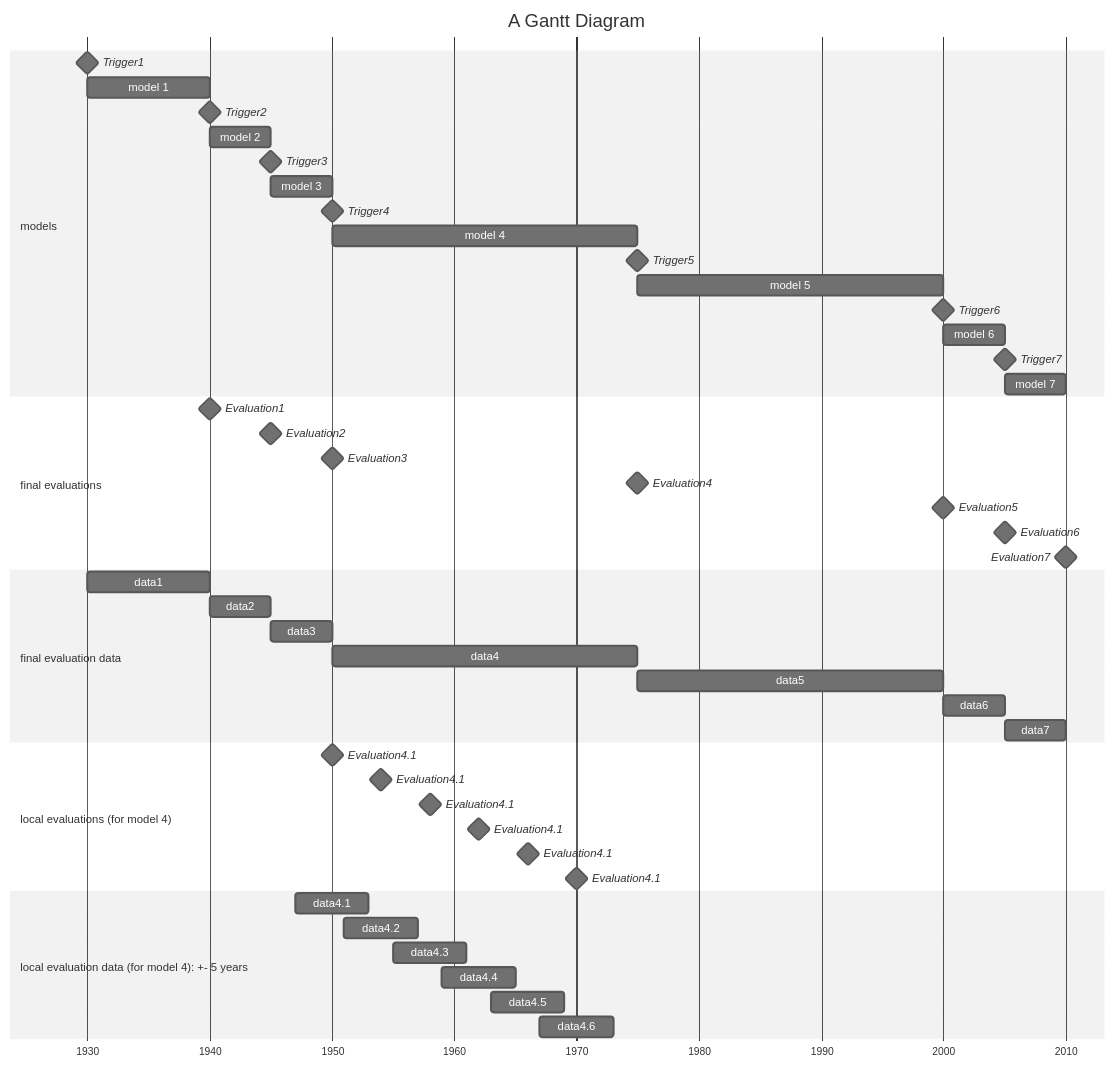
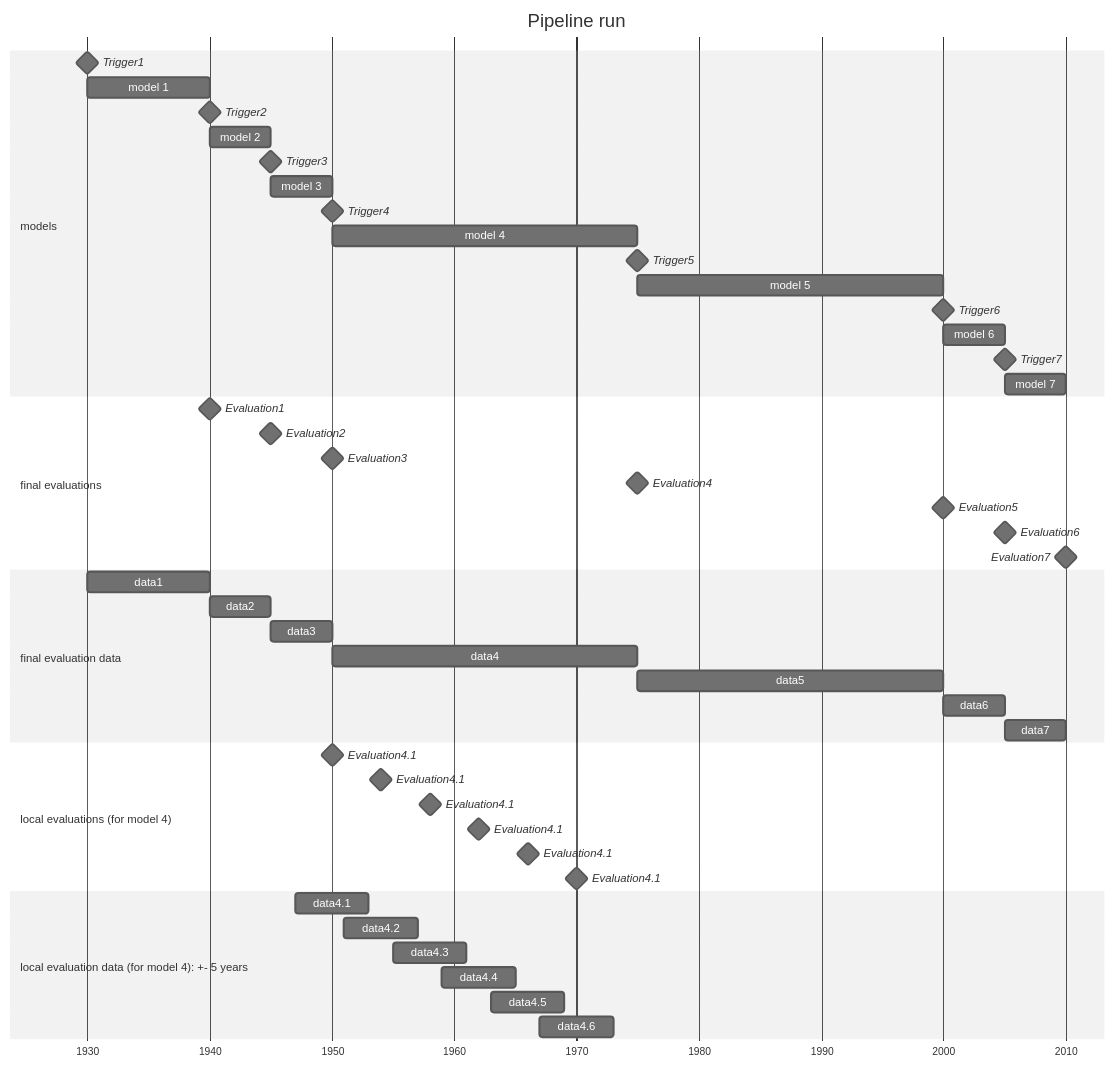
Before and after one commit to eth-easl/modyn: the fourth of 4 diagrams in docs/EVALUATION.md, drawn with Mermaid (neutral theme). The commit also changed other lines of this file, not shown here.

````diff
--- a/docs/EVALUATION.md
+++ b/docs/EVALUATION.md
@@ -193,51 +193,51 @@
 ```mermaid
 gantt
-    title A Gantt Diagram
+    title Pipeline run
     dateFormat YYYY-MM-DD
     axisFormat %Y
     section models
         Trigger1 :milestone, 1930, 0d
         model 1          :a1, 1930, 10y
         Trigger2 :milestone, :after a1
         model 2          :a2, after a1, 5y
         Trigger3 :milestone, :after a2
         model 3          :a3, after a2, 5y
         Trigger4 :milestone, :after a3
         model 4          :a4, after a3, 25y
         Trigger5 :milestone, :after a4
         model 5          :a5, after a4, 25y
         Trigger6 :milestone, :after a5
         model 6          :a6, after a5, 5y
         Trigger7 :milestone, :after a6
         model 7          :a7, after a6, 5y
     section final evaluations
         Evaluation1 :milestone, 1940, 0d
         Evaluation2 :milestone, 1945, 0d
         Evaluation3 :milestone, 1950, 0d
         Evaluation4 :milestone, 1975, 0d
         Evaluation5 :milestone, 2000, 0d
         Evaluation6 :milestone, 2005, 0d
         Evaluation7 :milestone, 2010, 0d
     section final evaluation data
         data1 :e1, 1930, 10y
         data2 :e2, after e1, 5y
         data3 :e3, after e2, 5y
         data4 :e4, after e3, 25y
         data5 :e5, after e4, 25y
         data6 :e6, after e5, 5y
         data7 :e7, after e6, 5y
     section local evaluations (for model 4)
         Evaluation4.1 :milestone, 1950, 0d
         Evaluation4.1 :milestone, 1954, 0d
         Evaluation4.1 :milestone, 1958, 0d
         Evaluation4.1 :milestone, 1962, 0d
         Evaluation4.1 :milestone, 1966, 0d
         Evaluation4.1 :milestone, 1970, 0d
     section local evaluation data (for model 4): +- 5 years
         data4.1 :e4.1, 1947, 6y
         data4.2 :e4.2, 1951, 6y
         data4.3 :e4.3, 1955, 6y
         data4.4 :e4.4, 1959, 6y
         data4.5 :e4.5, 1963, 6y
         data4.6 :e4.6, 1967, 6y
 ```
````
